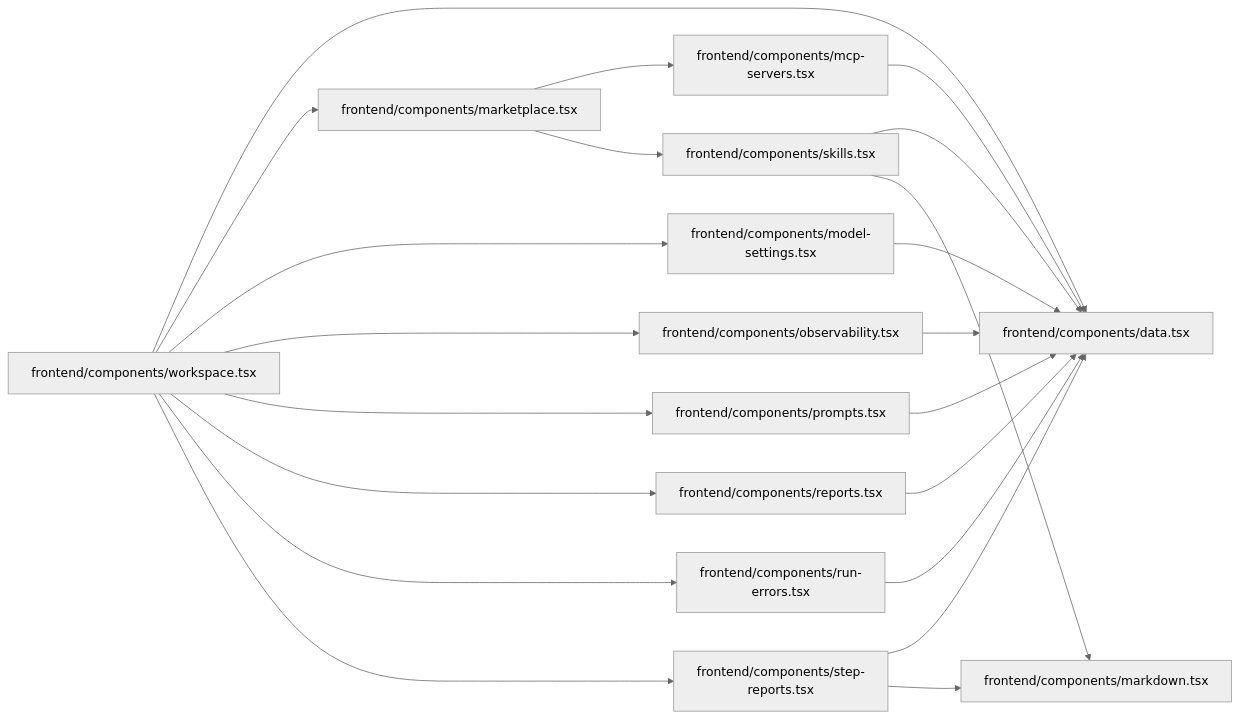
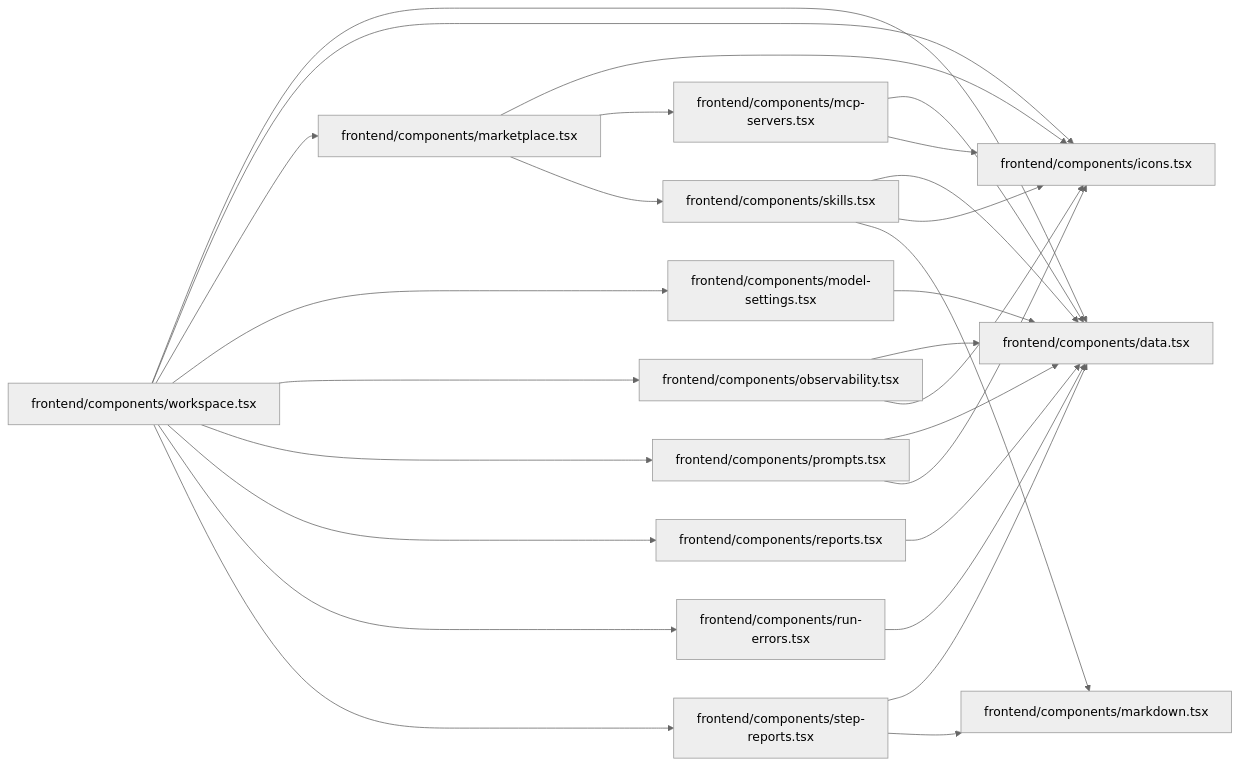
Before and after one commit to sarveshtalele/maf-harness-testing: the eighth of 21 diagrams in docs/ARCHITECTURE_MAP.md, drawn with Mermaid (neutral theme). The commit also changed other lines of this file, not shown here.

Commit message:
docs: regenerate architecture map for the icons component

````diff
--- a/docs/ARCHITECTURE_MAP.md
+++ b/docs/ARCHITECTURE_MAP.md
@@ -291,35 +291,42 @@
 ```mermaid
 flowchart LR
   f0["frontend/components/data.tsx"]
-  f1["frontend/components/markdown.tsx"]
-  f2["frontend/components/marketplace.tsx"]
-  f3["frontend/components/mcp-servers.tsx"]
-  f4["frontend/components/model-settings.tsx"]
-  f5["frontend/components/observability.tsx"]
-  f6["frontend/components/prompts.tsx"]
-  f7["frontend/components/reports.tsx"]
-  f8["frontend/components/run-errors.tsx"]
-  f9["frontend/components/skills.tsx"]
-  f10["frontend/components/step-reports.tsx"]
-  f11["frontend/components/workspace.tsx"]
-  f2 --> f3
-  f2 --> f9
-  f3 --> f0
+  f1["frontend/components/icons.tsx"]
+  f2["frontend/components/markdown.tsx"]
+  f3["frontend/components/marketplace.tsx"]
+  f4["frontend/components/mcp-servers.tsx"]
+  f5["frontend/components/model-settings.tsx"]
+  f6["frontend/components/observability.tsx"]
+  f7["frontend/components/prompts.tsx"]
+  f8["frontend/components/reports.tsx"]
+  f9["frontend/components/run-errors.tsx"]
+  f10["frontend/components/skills.tsx"]
+  f11["frontend/components/step-reports.tsx"]
+  f12["frontend/components/workspace.tsx"]
+  f3 --> f1
+  f3 --> f4
+  f3 --> f10
   f4 --> f0
+  f4 --> f1
   f5 --> f0
   f6 --> f0
+  f6 --> f1
   f7 --> f0
+  f7 --> f1
   f8 --> f0
   f9 --> f0
-  f9 --> f1
   f10 --> f0
   f10 --> f1
+  f10 --> f2
   f11 --> f0
   f11 --> f2
-  f11 --> f4
-  f11 --> f5
-  f11 --> f6
-  f11 --> f7
-  f11 --> f8
-  f11 --> f10
+  f12 --> f0
+  f12 --> f1
+  f12 --> f3
+  f12 --> f5
+  f12 --> f6
+  f12 --> f7
+  f12 --> f8
+  f12 --> f9
+  f12 --> f11
 ```
````
